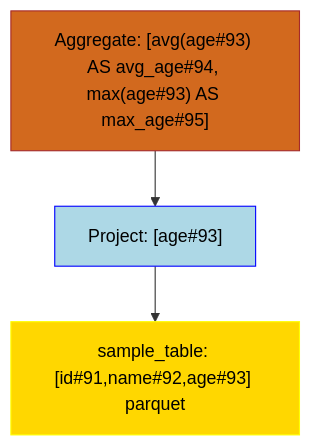
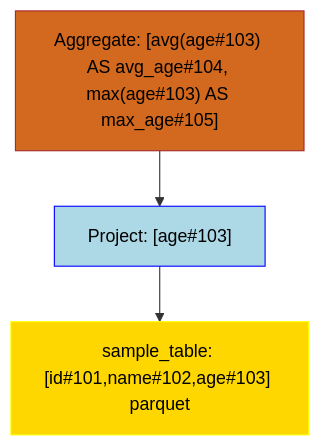
Before and after one commit to NielkNetraam/explainalyzed: the diagram in data/visualization/aggregation_1.mmd, drawn with Mermaid. The commit also changed 48 other files, not shown here.

```diff
--- a/data/visualization/aggregation_1.mmd
+++ b/data/visualization/aggregation_1.mmd
@@ -1,25 +1,14 @@
----
-config:
-theme: 'base'
-themeVariables:
-    primaryColor: '#BB2528'
-    primaryTextColor: '#fff'
-    primaryBorderColor: '#7C0000'
-    lineColor: '#F8B229'
-    secondaryColor: '#267826'
-    tertiaryColor: '#fff'
----
 flowchart TD
     classDef PROJECT stroke:Blue,fill:LightBlue,color:black
     classDef FILTER stroke:Green,fill:LightGreen,color:black
     classDef UNION stroke:Purple,fill:Violet,color:black
     classDef JOIN stroke:DarkOrange,fill:Orange,color:black
     classDef RELATION stroke:Yellow,fill:Gold,color:black
     classDef AGGREGATE stroke:Brown,fill:Chocolate,color:black
 
-    Aggregate#1["Aggregate: [avg(age#93) AS avg_age#94, max(age#93) AS max_age#95]"]:::AGGREGATE
-    Project#11["Project: [age#93]"]:::PROJECT
-    Relation#111["sample_table: [id#91,name#92,age#93] parquet"]:::RELATION
+    Aggregate#1["Aggregate: [avg(age#103) AS avg_age#104, max(age#103) AS max_age#105]"]:::AGGREGATE
+    Project#11["Project: [age#103]"]:::PROJECT
+    Relation#111["sample_table: [id#101,name#102,age#103] parquet"]:::RELATION
 
     Aggregate#1 --> Project#11
         Project#11 --> Relation#111
```
